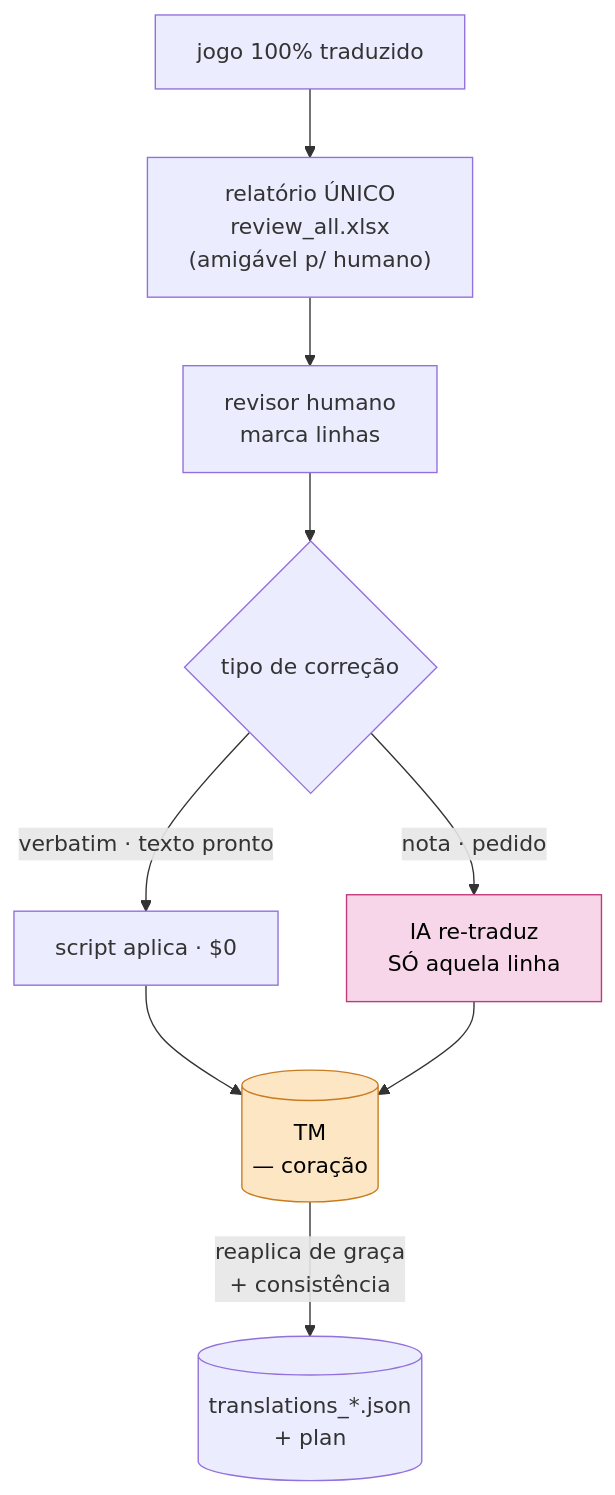
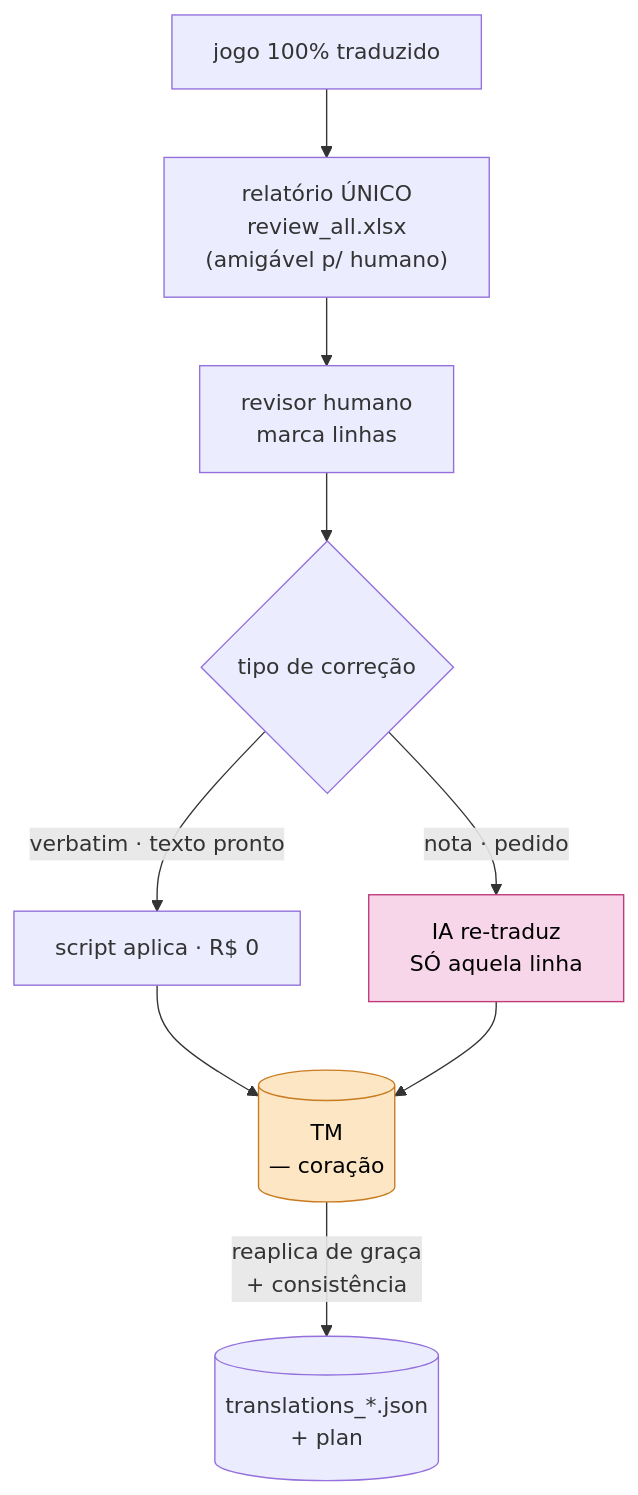
One commit to scudellerlemos/translation-cognition-framework changed the fourth of 5 diagrams in framework/docs/GOVERNANCE.md. Above: the diagram before and after it, drawn with Mermaid. The commit also changed other lines of this file and 8 other files, not shown here.

Commit message:
docs: atualiza READMEs e roadmap — Fase 0 BoF4 concluída, status reflete conector green

````diff
--- a/framework/docs/GOVERNANCE.md
+++ b/framework/docs/GOVERNANCE.md
@@ -133,15 +133,15 @@
 ```mermaid
 flowchart TB
   done["jogo 100% traduzido"] --> rep["relatório ÚNICO<br/>review_all.xlsx<br/>(amigável p/ humano)"]
   rep --> human["revisor humano<br/>marca linhas"]
   human --> apply{"tipo de correção"}
-  apply -->|"verbatim · texto pronto"| free["script aplica · $0"]
+  apply -->|"verbatim · texto pronto"| free["script aplica · R$ 0"]
   apply -->|"nota · pedido"| ai["IA re-traduz<br/>SÓ aquela linha"]
   free --> tm[("TM<br/>— coração")]
   ai --> tm
   tm -->|"reaplica de graça<br/>+ consistência"| canon[("translations_*.json<br/>+ plan")]
   classDef ia fill:#f6d6e8,stroke:#c0397b,color:#000;
   classDef heart fill:#fde6c4,stroke:#c97b1f,color:#000;
   class ai ia;
   class tm heart;
 ```
````
